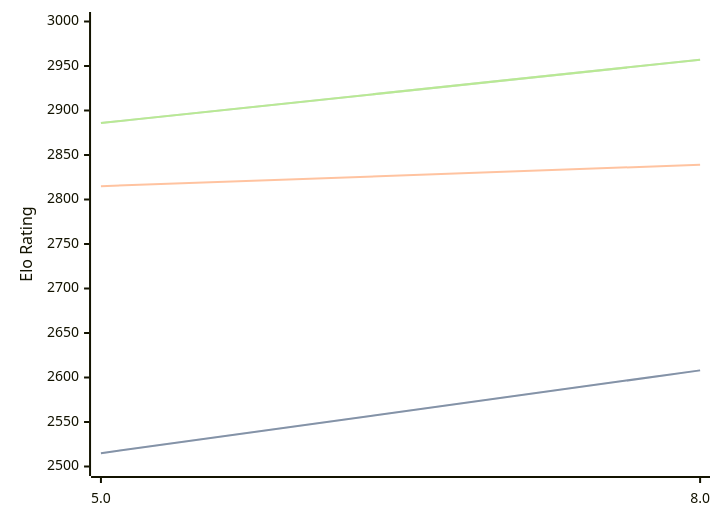
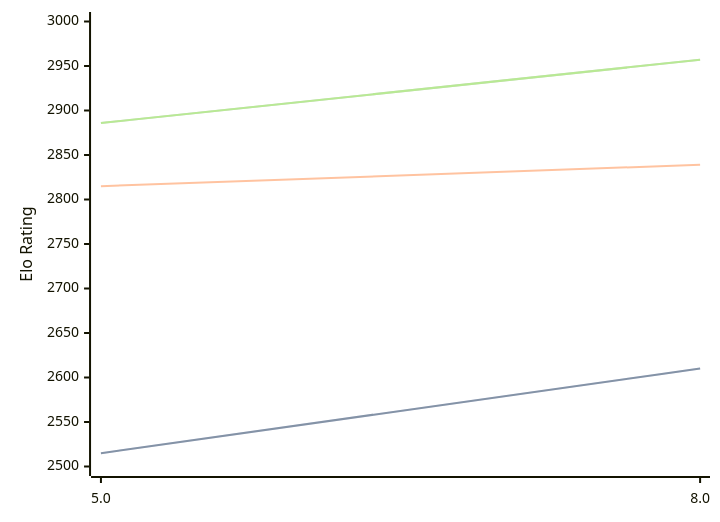
One commit to computer-chess-index/cci changed the diagram in engines/4kc.md. Above: the diagram before and after it, drawn with Mermaid. The commit also changed other lines of this file, not shown here.

Commit message:
Update CCI Ratings (ELO VLTC) - 2026-03-27

````diff
--- a/engines/4kc.md
+++ b/engines/4kc.md
@@ -41,11 +41,11 @@
 ```mermaid
 %%{init: {"theme":"base","themeVariables":{"seriesColors:['#a3a3a3','#222221','#faa371']}}}%%
 xychart-beta
   x-axis ["5.0", "8.0"]
   y-axis "Elo Rating" 2500 --> 3000
-  line "STC (8.0+0.08s)" [2515, 2608]
-  line "STC (8.0+0.08s)" [2515, 2608]
+  line "STC (8.0+0.08s)" [2515, 2610]
+  line "STC (8.0+0.08s)" [2515, 2610]
   line "LTC (60.0+0.60s)" [2815, 2839]
   line "VLTC (2m24s+1.12s)" [2886, 2957]
   line "VLTC (2m24s+1.12s)" [2886, 2957]
 ```
````
